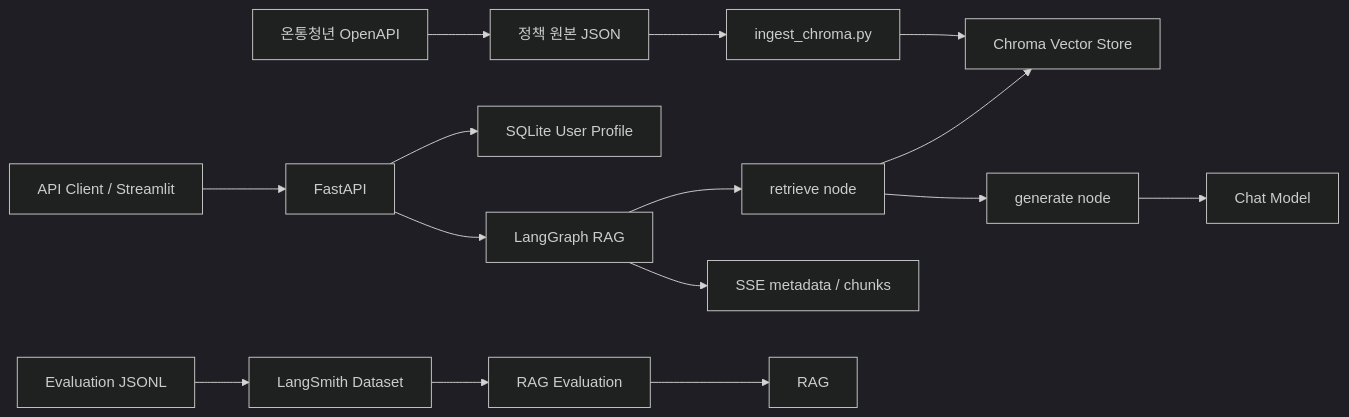
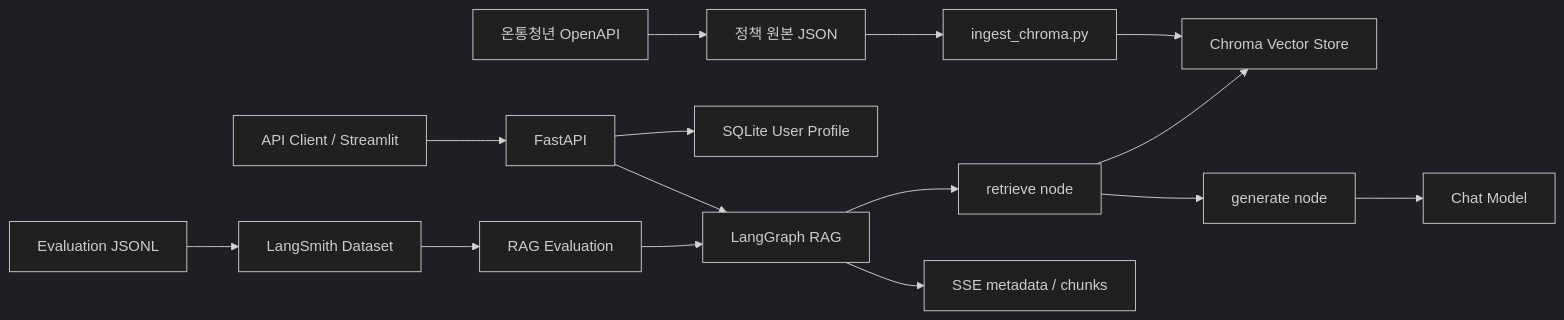
One commit to SungjinWi99/Youth-Policy-RAG changed the diagram in README.md. Above: the diagram before and after it, drawn with Mermaid (dark theme). The commit also changed other lines of this file and 27 other files, not shown here.

````diff
--- a/README.md
+++ b/README.md
@@ -22,19 +22,19 @@
 ```mermaid
 flowchart LR
     API["온통청년 OpenAPI"] --> RAW["정책 원본 JSON"]
     RAW --> INGEST["ingest_chroma.py"]
     INGEST --> CHROMA["Chroma Vector Store"]
 
     CLIENT["API Client / Streamlit"] --> FASTAPI["FastAPI"]
     FASTAPI --> USERDB["SQLite User Profile"]
     FASTAPI --> GRAPH["LangGraph RAG"]
     GRAPH --> RETRIEVE["retrieve node"]
     RETRIEVE --> CHROMA
     RETRIEVE --> GENERATE["generate node"]
     GENERATE --> LLM["Chat Model"]
     GRAPH --> SSE["SSE metadata / chunks"]
 
     EVALDATA["Evaluation JSONL"] --> LANGSMITH["LangSmith Dataset"]
     LANGSMITH --> EVALRUN["RAG Evaluation"]
-    EVALRUN --> RAG
+    EVALRUN --> GRAPH
 ```
````
